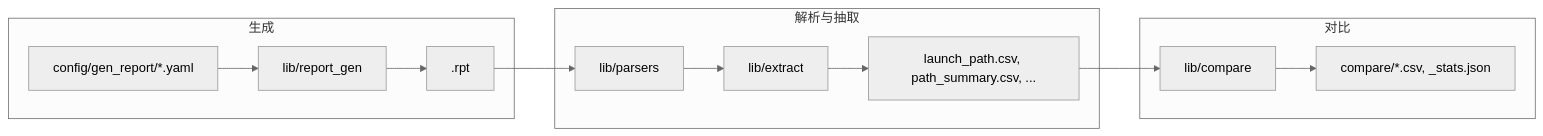
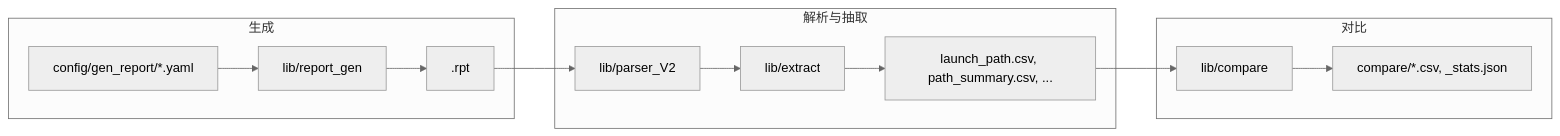
Before and after one commit to SuperAsneiitor/timerParse: the diagram in .cursor/skills/python-coding-standards/SKILL.md, drawn with Mermaid (neutral theme). The commit also changed other lines of this file and 76 other files, not shown here.

````diff
--- a/.cursor/skills/python-coding-standards/SKILL.md
+++ b/.cursor/skills/python-coding-standards/SKILL.md
@@ -28,20 +28,20 @@
 ```mermaid
 flowchart LR
   subgraph gen [生成]
     Config[config/gen_report/*.yaml]
     Gen[lib/report_gen]
     Rpt[.rpt]
     Config --> Gen --> Rpt
   end
   subgraph parse [解析与抽取]
-    Parser[lib/parsers]
+    Parser[lib/parser_V2]
     Extract[lib/extract]
     CSV[launch_path.csv, path_summary.csv, ...]
     Rpt --> Parser --> Extract --> CSV
   end
   subgraph compare [对比]
     Compare[lib/compare]
     Out[compare/*.csv, _stats.json]
     CSV --> Compare --> Out
   end
 ```
````
